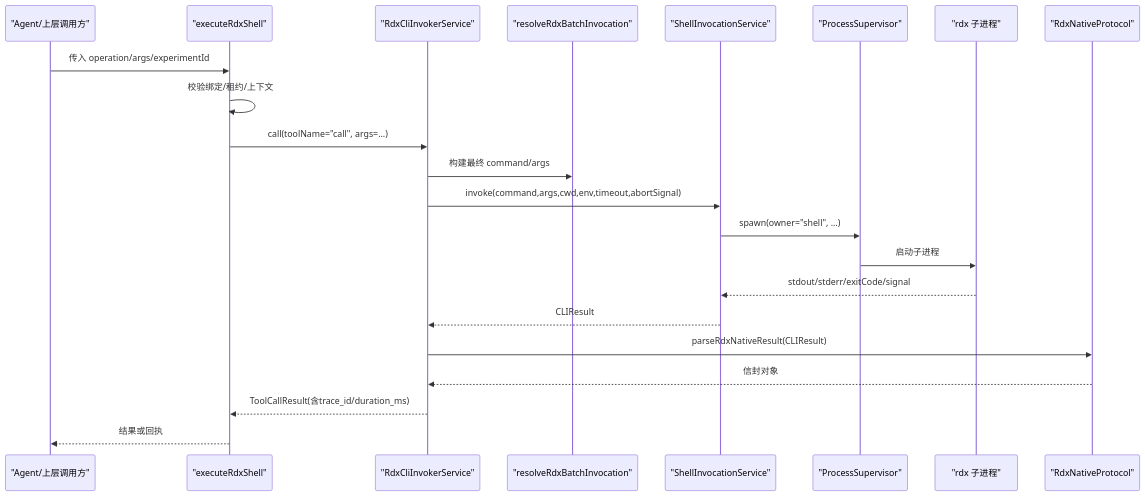
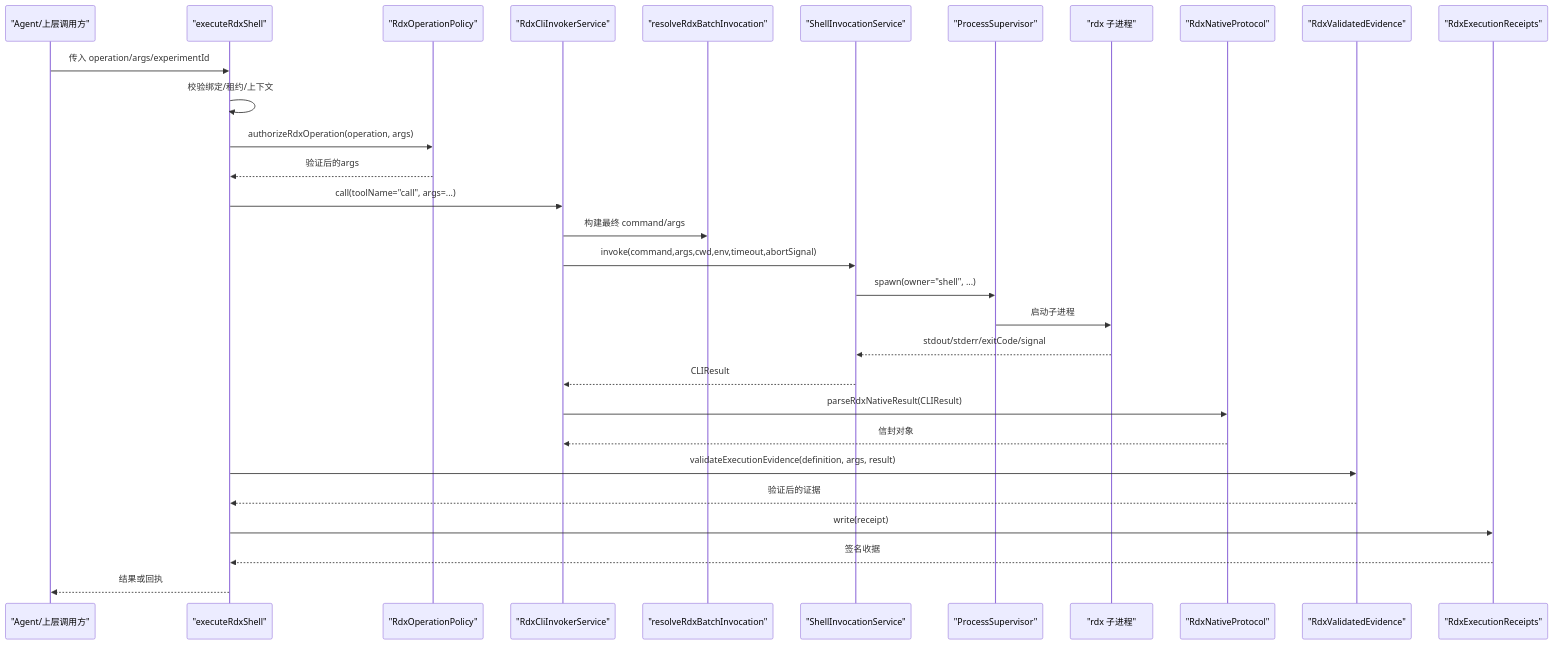
The second of 6 diagrams in .qoder/repowiki/zh/content/架构设计/核心组件设计/CLI调用器设计/CLI调用器设计.md (haolange/RDC-Agent), drawn with Mermaid before and after one commit. The commit also changed other lines of this file and 221 other files, not shown here.

````diff
--- a/.qoder/repowiki/zh/content/架构设计/核心组件设计/CLI调用器设计/CLI调用器设计.md
+++ b/.qoder/repowiki/zh/content/架构设计/核心组件设计/CLI调用器设计/CLI调用器设计.md
@@ -116,24 +134,32 @@
 ```mermaid
 sequenceDiagram
 participant Agent as "Agent/上层调用方"
 participant Exec as "executeRdxShell"
+participant Policy as "RdxOperationPolicy"
 participant Invoker as "RdxCliInvokerService"
 participant Resolver as "resolveRdxBatchInvocation"
 participant Shell as "ShellInvocationService"
 participant Proc as "ProcessSupervisor"
 participant Native as "rdx 子进程"
 participant Proto as "RdxNativeProtocol"
+participant Evidence as "RdxValidatedEvidence"
+participant Receipt as "RdxExecutionReceipts"
 Agent->>Exec : 传入 operation/args/experimentId
 Exec->>Exec : 校验绑定/租约/上下文
+Exec->>Policy : authorizeRdxOperation(operation, args)
+Policy-->>Exec : 验证后的args
 Exec->>Invoker : call(toolName="call", args=...)
 Invoker->>Resolver : 构建最终 command/args
 Invoker->>Shell : invoke(command,args,cwd,env,timeout,abortSignal)
 Shell->>Proc : spawn(owner="shell", ...)
 Proc->>Native : 启动子进程
 Native-->>Shell : stdout/stderr/exitCode/signal
 Shell-->>Invoker : CLIResult
 Invoker->>Proto : parseRdxNativeResult(CLIResult)
 Proto-->>Invoker : 信封对象
-Invoker-->>Exec : ToolCallResult(含trace_id/duration_ms)
+Exec->>Evidence : validateExecutionEvidence(definition, args, result)
+Evidence-->>Exec : 验证后的证据
+Exec->>Receipt : write(receipt)
+Receipt-->>Exec : 签名收据
 Exec-->>Agent : 结果或回执
 ```
````
